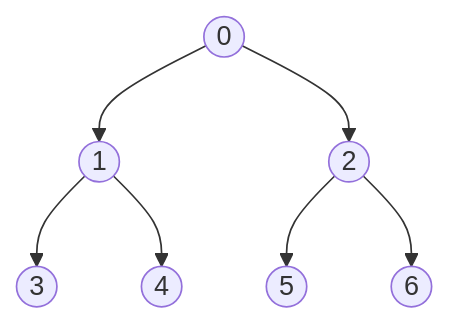
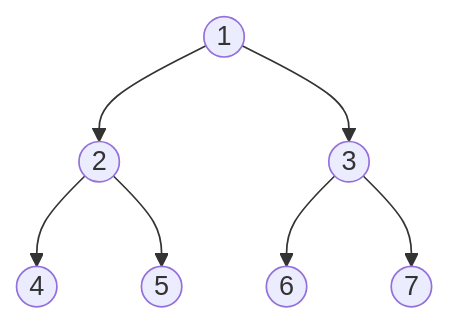
The fourth of 4 diagrams in contents/dsa/binary-trees.md (erhant/cobalamin), drawn with Mermaid before and after one commit. The commit also changed other lines of this file and 49 other files, not shown here.

````diff
--- a/contents/dsa/binary-trees.md
+++ b/contents/dsa/binary-trees.md
@@ -230,9 +231,9 @@
 ```mermaid
 graph TD
-    I0((0)) --> I1((1))
-    I0 --> I2((2))
+    I1((1)) --> I2((2))
     I1 --> I3((3))
-    I1 --> I4((4))
+    I2 --> I4((4))
     I2 --> I5((5))
-    I2 --> I6((6))
+    I3 --> I6((6))
+    I3 --> I7((7))
 ```
````
